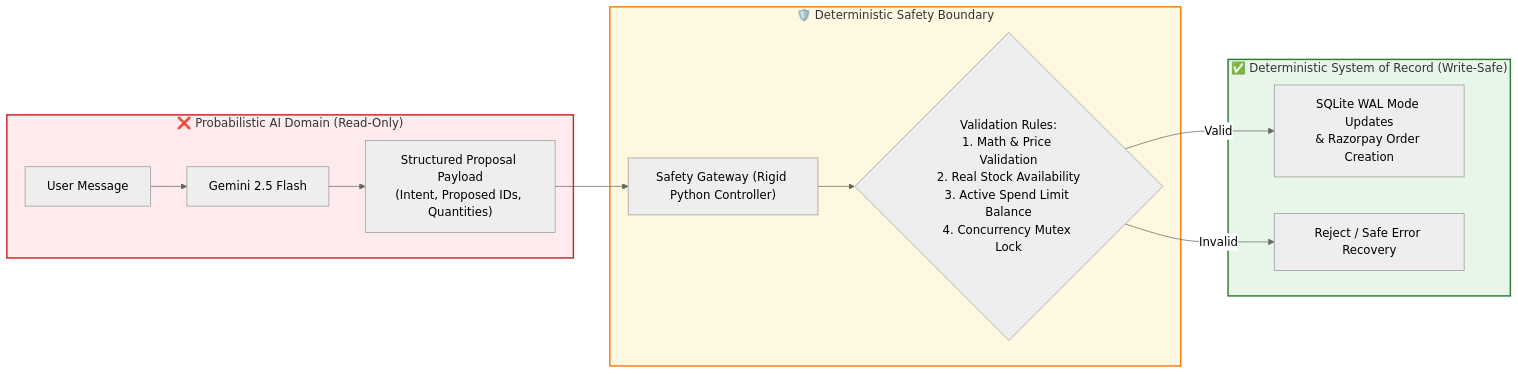
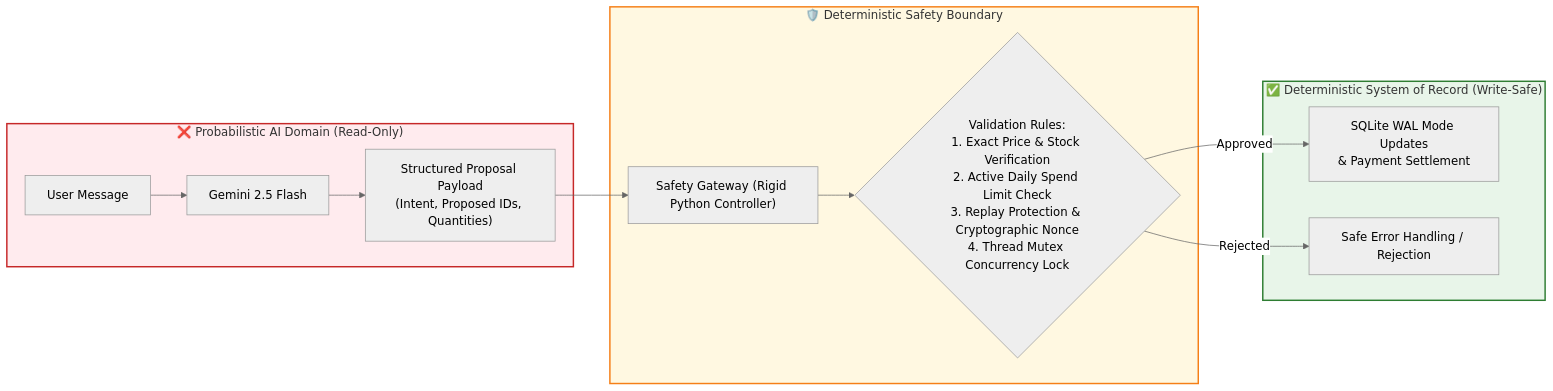
Before and after one commit to krishna016agarwal/Agentic_Commerce: the second of 5 diagrams in README.md, drawn with Mermaid (neutral theme). The commit also changed other lines of this file and 10 other files, not shown here.

````diff
--- a/README.md
+++ b/README.md
@@ -105,21 +110,21 @@
 ```mermaid
 flowchart LR
     subgraph Probabilistic["❌ Probabilistic AI Domain (Read-Only)"]
         UserMsg["User Message"] --> LLM["Gemini 2.5 Flash"]
         LLM --> Proposal["Structured Proposal Payload<br/>(Intent, Proposed IDs, Quantities)"]
     end
 
     subgraph Boundary["🛡️ Deterministic Safety Boundary"]
         Proposal --> Gateway["Safety Gateway (Rigid Python Controller)"]
-        Gateway --> Rules{"Validation Rules:<br/>1. Math & Price Validation<br/>2. Real Stock Availability<br/>3. Active Spend Limit Balance<br/>4. Concurrency Mutex Lock"}
+        Gateway --> Rules{"Validation Rules:<br/>1. Exact Price & Stock Verification<br/>2. Active Daily Spend Limit Check<br/>3. Replay Protection & Cryptographic Nonce<br/>4. Thread Mutex Concurrency Lock"}
     end
 
     subgraph Deterministic["✅ Deterministic System of Record (Write-Safe)"]
-        Rules -->|Valid| DBWrite["SQLite WAL Mode Updates<br/>& Razorpay Order Creation"]
-        Rules -->|Invalid| Rejection["Reject / Safe Error Recovery"]
+        Rules -->|Approved| DBWrite["SQLite WAL Mode Updates<br/>& Payment Settlement"]
+        Rules -->|Rejected| Rejection["Safe Error Handling / Rejection"]
     end
 
     style Probabilistic fill:#ffebee,stroke:#c62828,stroke-width:2px
     style Boundary fill:#fff8e1,stroke:#f57f17,stroke-width:2px
     style Deterministic fill:#e8f5e9,stroke:#2e7d32,stroke-width:2px
 ```
````
